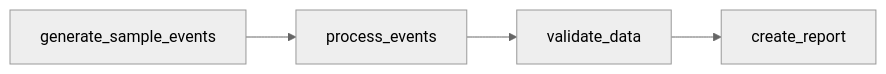
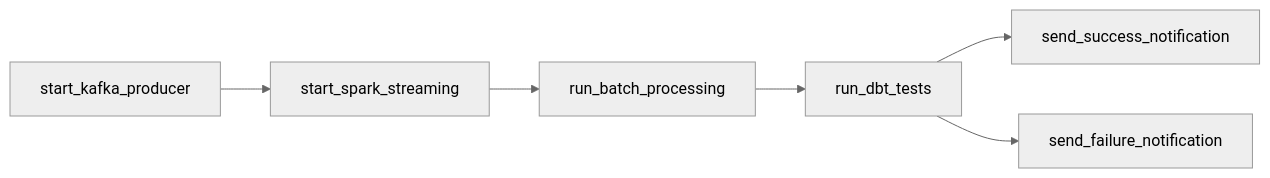
One commit to rafaelspecta/user-behavior-analytics changed the sixth of 7 diagrams in README.md. Above: the diagram before and after it, drawn with Mermaid (neutral theme). The commit also changed other lines of this file, not shown here.

Commit message:
docs(readme): fix container count and clickstream_pipeline DAG description
Container count was listed as 11 but 12 services are enumerated. The
clickstream_pipeline DAG section described a non-existent simplified
PythonOperator demo instead of the actual BashOperator pipeline that
orchestrates producer, streaming, batch, and dbt tasks.

````diff
--- a/README.md
+++ b/README.md
@@ -241,6 +241,8 @@
 ```mermaid
 graph LR
-    A[generate_sample_events] --> B[process_events]
-    B --> C[validate_data]
-    C --> D[create_report]
+    A[start_kafka_producer] --> B[start_spark_streaming]
+    B --> C[run_batch_processing]
+    C --> D[run_dbt_tests]
+    D --> E[send_success_notification]
+    D --> F[send_failure_notification]
 ```
````
